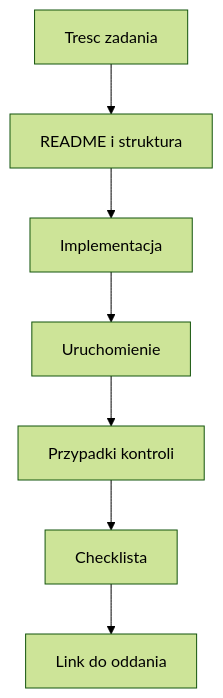
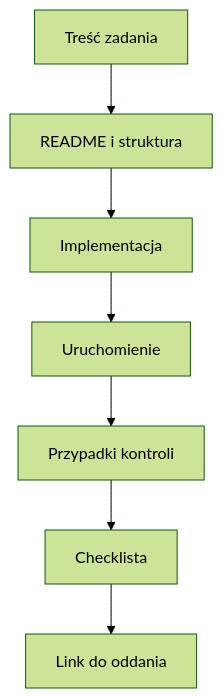
The diagram in src/01-organizacja/02-struktura-materialow-i-oddawanie/README.md (tborzyszkowski/warsztat-programisty-pjatk), drawn with Mermaid (forest theme) before and after one commit. The commit also changed other lines of this file and 10 other files, not shown here.

Commit message:
Fix typos and improve language consistency in documentation and code comments across multiple files; update diagrams for clarity and correctness.

````diff
--- a/src/01-organizacja/02-struktura-materialow-i-oddawanie/README.md
+++ b/src/01-organizacja/02-struktura-materialow-i-oddawanie/README.md
@@ -158,9 +158,9 @@
 ```mermaid
 flowchart TD
-    A[Tresc zadania] --> B[README i struktura]
+    A[Treść zadania] --> B[README i struktura]
     B --> C[Implementacja]
     C --> D[Uruchomienie]
     D --> E[Przypadki kontroli]
     E --> F[Checklista]
     F --> G[Link do oddania]
 ```
````
